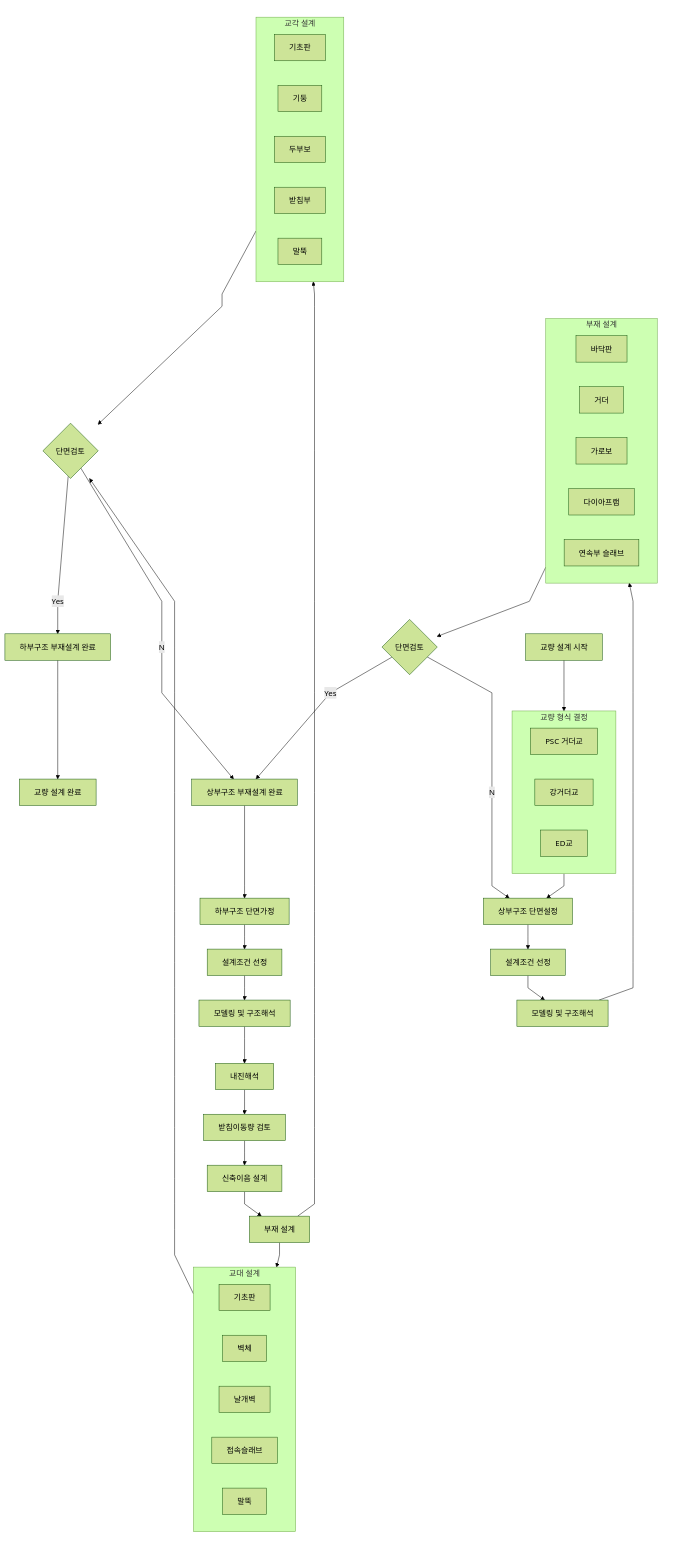
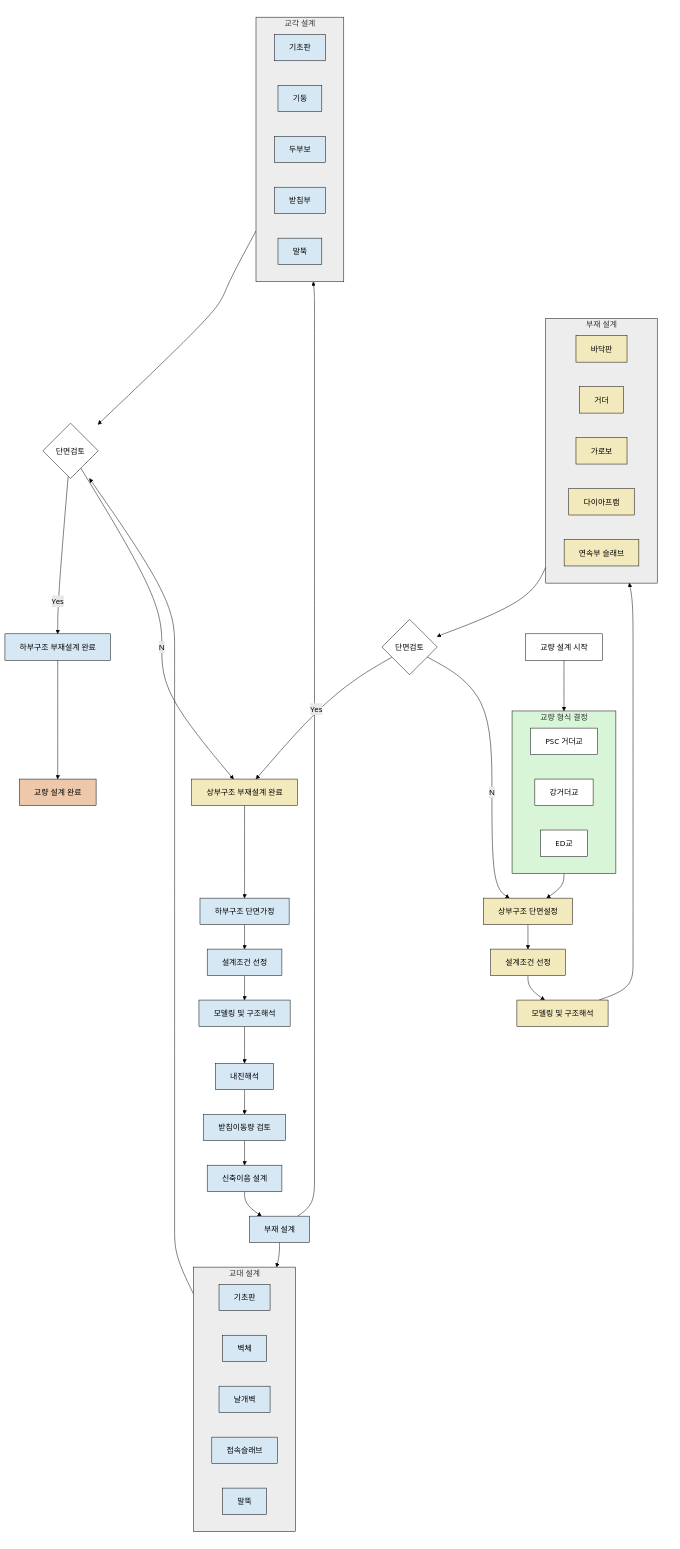
Before and after one commit to tomoknetwork/jekyll-theme-rtd: the diagram in docs/chart/PSC_거더교_설계_절차도.md, drawn with Mermaid (forest theme).

Commit message:
add style

````diff
--- a/docs/chart/PSC_거더교_설계_절차도.md
+++ b/docs/chart/PSC_거더교_설계_절차도.md
@@ -10,6 +10,6 @@
 ```mermaid
-%%{ init: { 'flowchart': { 'curve': 'linear' } } }%%
 flowchart TD
+    %% 그래프 노드
     subgraph s1[" "]
         n1[교량 설계 시작]
         subgraph n2[교량 형식 결정]
@@ -59,6 +59,7 @@
     n19[하부구조 부재설계 완료]
     n20[교량 설계 완료]
     
+    %% 그래프 엣지
     n1 --> n2 --> n3 --> n4 --> n5 --> n6 --> n7 
 
     n7 --No--> n3
@@ -73,8 +74,28 @@
 
     n19-->n20
 
+    %% 링크
     click n4 href "//chart/PSC_거더교_설계조건_선정.html"
 
-    classDef group fill:none,stroke-width:0px
-    class s1,s2 group
+    %% 스타일 정의
+    classDef transparent fill:none,stroke-width:0px
+    classDef white fill:#fff,stroke:#000
+    classDef yellow fill:#f2eabd,stroke:#000
+    classDef blue fill:#d7e8f5,stroke:#000
+    classDef green fill:#d8f5d7,stroke:#000
+    classDef gray fill:#ededed,stroke:#000
+    classDef orange fill:#edc8ab,stroke:#000
+    
+    %% 스타일 적용
+    class s1,s2 transparent
+    class n2 green
+    class n6,n16,n17 gray
+    
+    class n3,n4,n5,n6_1,n6_2,n6_3,n6_4,n6_5,n8 yellow
+    class n9,n10,n11,n12,n13,n14,n15,n16_1,n16_2,n16_3,n16_4,n16_5 blue
+    class n17_1,n17_2,n17_3,n17_4,n17_5,n19 blue
+    
+    class n1,n2_1,n2_2,n2_3,n7,n18 white
+    class n20 orange
+
 ```
````
